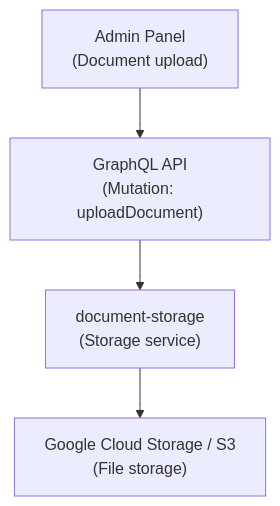
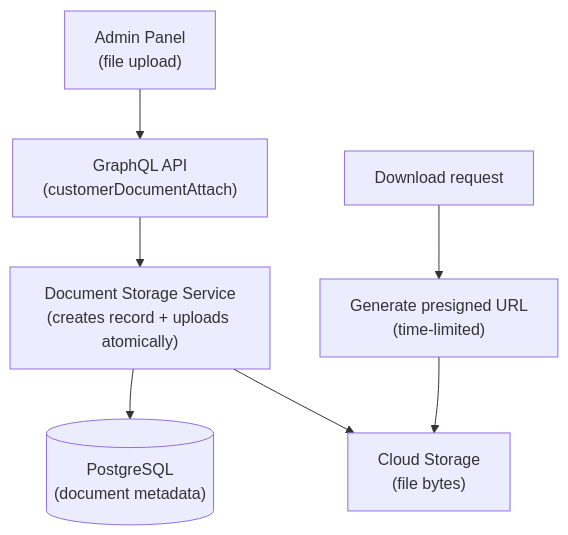
One commit to GaloyMoney/lana-bank changed the first of 2 diagrams in docs-site/docs/technical-documentation/customers/documents.md. Above: the diagram before and after it, drawn with Mermaid. The commit also changed other lines of this file and 19 other files, not shown here.

````diff
--- a/docs-site/docs/technical-documentation/customers/documents.md
+++ b/docs-site/docs/technical-documentation/customers/documents.md
@@ -31,6 +13,9 @@
 ```mermaid
 graph TD
-    AP["Admin Panel<br/>(Document upload)"] --> GQL["GraphQL API<br/>(Mutation: uploadDocument)"]
-    GQL --> DS["document-storage<br/>(Storage service)"]
-    DS --> GCS["Google Cloud Storage / S3<br/>(File storage)"]
+    AP["Admin Panel<br/>(file upload)"] --> GQL["GraphQL API<br/>(customerDocumentAttach)"]
+    GQL --> DS["Document Storage Service<br/>(creates record + uploads atomically)"]
+    DS --> DB[("PostgreSQL<br/>(document metadata)")]
+    DS --> GCS["Cloud Storage<br/>(file bytes)"]
+    GQL2["Download request"] --> LINK["Generate presigned URL<br/>(time-limited)"]
+    LINK --> GCS
 ```
````
